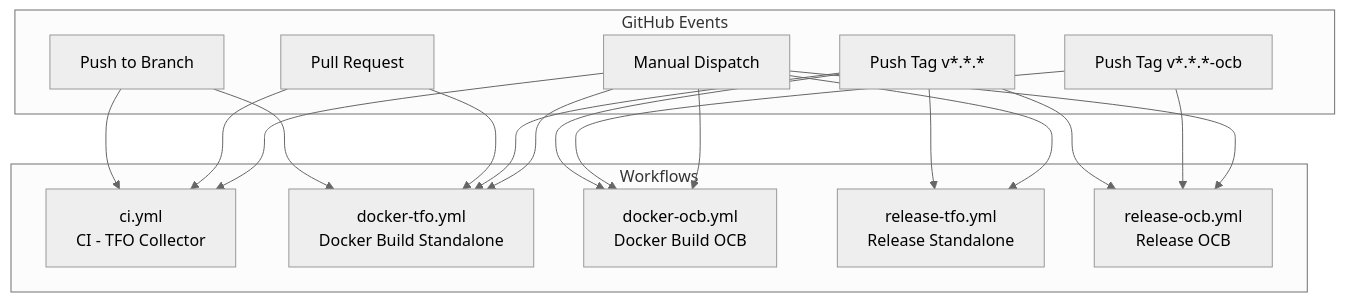
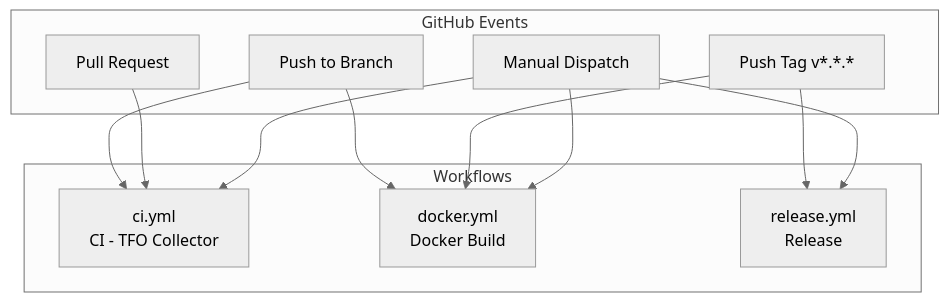
One commit to telemetryflow/telemetryflow-collector changed the first of 13 diagrams in docs/GITHUB-WORKFLOWS.md. Above: the diagram before and after it, drawn with Mermaid (neutral theme). The commit also changed other lines of this file and 126 other files, not shown here.

Commit message:
Enhance TFO Collector (Native OCB) v1.1.2 integration & Rebuild Pipeline

````diff
--- a/docs/GITHUB-WORKFLOWS.md
+++ b/docs/GITHUB-WORKFLOWS.md
@@ -7,34 +10,24 @@
 ```mermaid
 flowchart TB
     subgraph "GitHub Events"
         E1[Push to Branch]
         E2[Pull Request]
         E3[Push Tag v*.*.*]
-        E4[Push Tag v*.*.*-ocb]
-        E5[Manual Dispatch]
+        E4[Manual Dispatch]
     end
 
     subgraph "Workflows"
         CI[ci.yml<br/>CI - TFO Collector]
-        DT[docker-tfo.yml<br/>Docker Build Standalone]
-        DO[docker-ocb.yml<br/>Docker Build OCB]
-        RT[release-tfo.yml<br/>Release Standalone]
-        RO[release-ocb.yml<br/>Release OCB]
+        DOCKER[docker.yml<br/>Docker Build]
+        RELEASE[release.yml<br/>Release]
     end
 
     E1 --> CI
-    E1 --> DT
+    E1 --> DOCKER
     E2 --> CI
-    E2 --> DT
-    E3 --> DT
-    E3 --> DO
-    E3 --> RT
-    E3 --> RO
-    E4 --> DO
-    E4 --> RO
-    E5 --> CI
-    E5 --> DT
-    E5 --> DO
-    E5 --> RT
-    E5 --> RO
+    E3 --> DOCKER
+    E3 --> RELEASE
+    E4 --> CI
+    E4 --> DOCKER
+    E4 --> RELEASE
 ```
````
